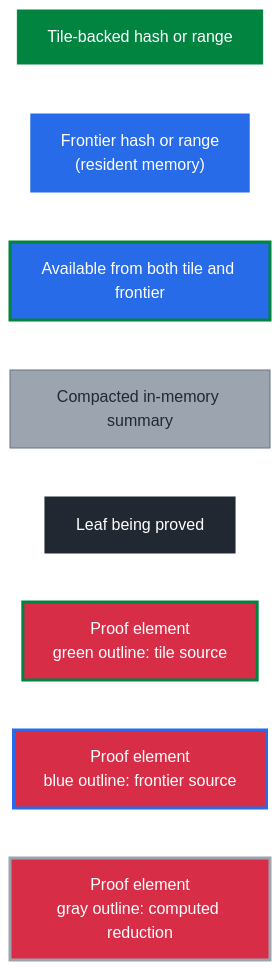
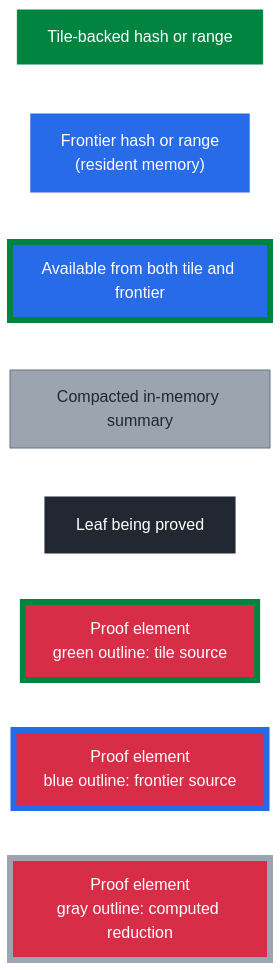
Before and after one commit to microsoft/merklecpp: the first of 20 diagrams in doc/tiles-illustrated.rst, drawn with Mermaid. The commit also changed other lines of this file, not shown here.

First line of the commit message:
Thicken contrasting diagram borders

```diff
--- a/doc/tiles-illustrated.rst
+++ b/doc/tiles-illustrated.rst
@@ -75,28 +75,28 @@
 .. mermaid::
 
    flowchart TB
      T["Tile-backed hash or range"]:::tile
      M["Frontier hash or range<br/>(resident memory)"]:::memory
      B["Available from both tile and frontier"]:::both
      S["Compacted in-memory summary"]:::summary
      X["Leaf being proved"]:::target
      PT["Proof element<br/>green outline: tile source"]:::proofTile
      PM["Proof element<br/>blue outline: frontier source"]:::proofMemory
      PC["Proof element<br/>gray outline: computed reduction"]:::proofComputed
 
      T ~~~ M
      M ~~~ B
      B ~~~ S
      S ~~~ X
      X ~~~ PT
      PT ~~~ PM
      PM ~~~ PC
 
      classDef tile fill:#00843f,stroke:#00843f,color:#ffffff
      classDef memory fill:#276be9,stroke:#276be9,color:#ffffff
-     classDef both fill:#276be9,stroke:#00843f,stroke-width:3px,color:#ffffff
+     classDef both fill:#276be9,stroke:#00843f,stroke-width:6px,color:#ffffff
      classDef summary fill:#9ca4af,stroke:#677384,color:#222832
      classDef target fill:#222832,stroke:#222832,stroke-width:3px,color:#ffffff
-     classDef proofTile fill:#d72d47,stroke:#00843f,stroke-width:3px,color:#ffffff
-     classDef proofMemory fill:#d72d47,stroke:#276be9,stroke-width:3px,color:#ffffff
-     classDef proofComputed fill:#d72d47,stroke:#9ca4af,stroke-width:3px,color:#ffffff
+     classDef proofTile fill:#d72d47,stroke:#00843f,stroke-width:6px,color:#ffffff
+     classDef proofMemory fill:#d72d47,stroke:#276be9,stroke-width:6px,color:#ffffff
+     classDef proofComputed fill:#d72d47,stroke:#9ca4af,stroke-width:6px,color:#ffffff
```
